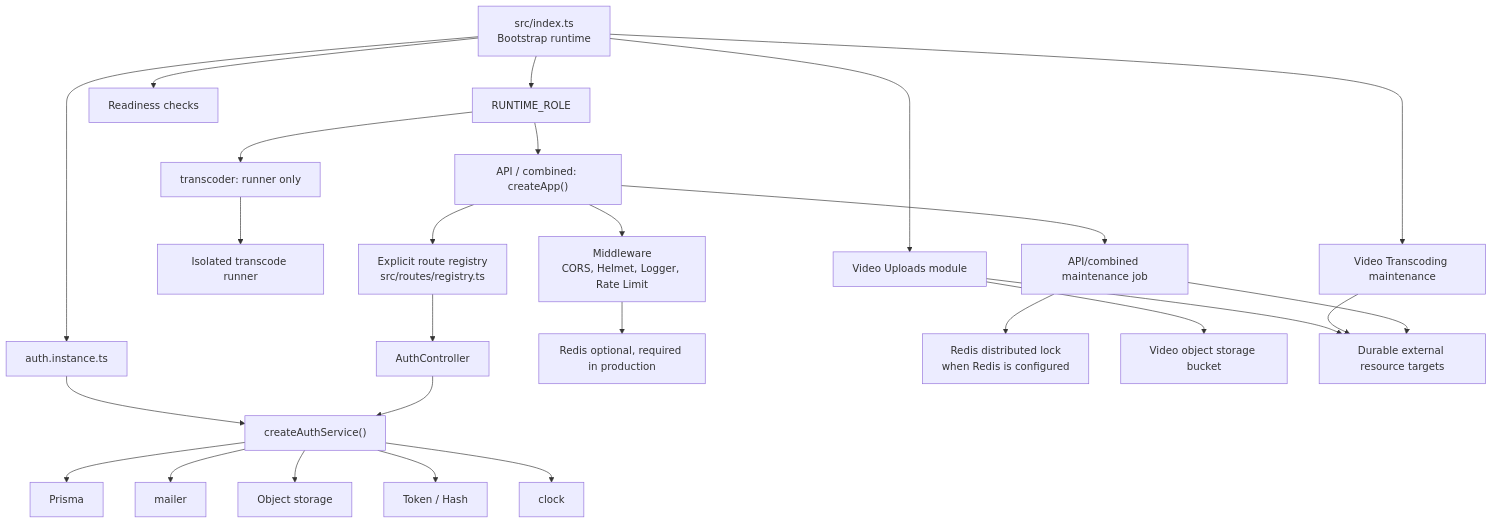
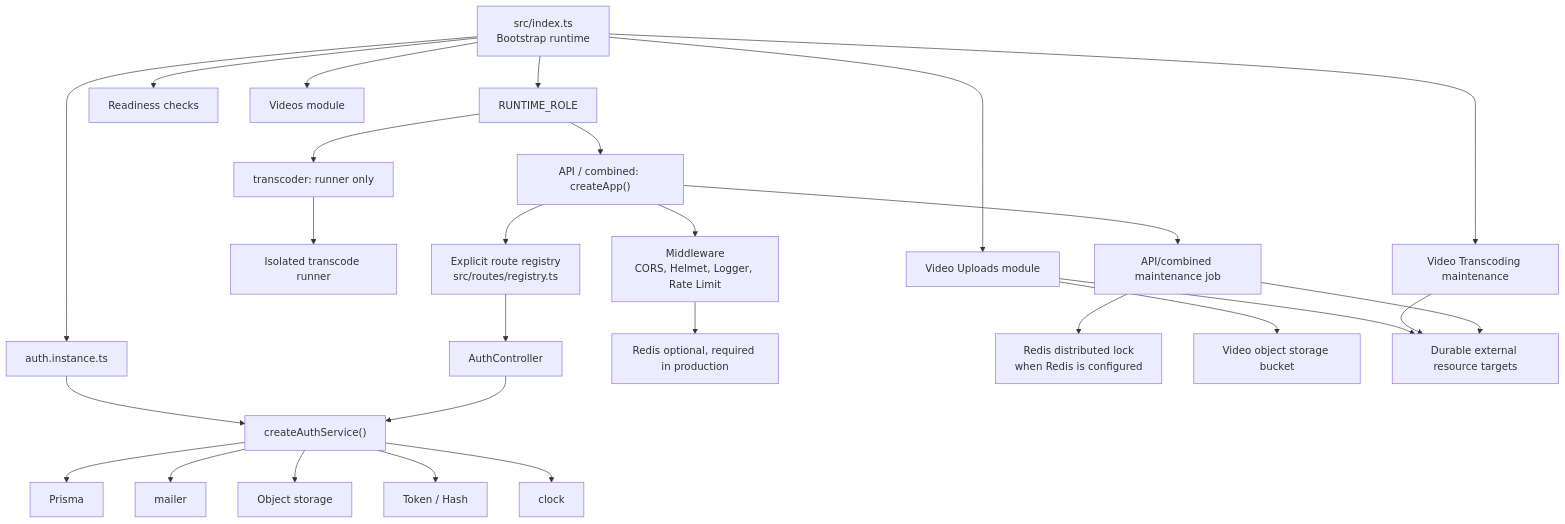
Before and after one commit to FairPlayTeam/ts-backend: the first of 8 diagrams in docs/ARCHITECTURE.md, drawn with Mermaid. The commit also changed other lines of this file and 97 other files, not shown here.

Commit message:
refactor(videos): extract video domain module

````diff
--- a/docs/ARCHITECTURE.md
+++ b/docs/ARCHITECTURE.md
@@ -9,31 +9,32 @@
 ```mermaid
 flowchart TD
 index["src/index.ts<br/>Bootstrap runtime"] --> role["RUNTIME_ROLE"]
 role --> app["API / combined: createApp()"]
 role --> worker["transcoder: runner only"]
 index --> authInstance["auth.instance.ts"]
 app --> cleanup["API/combined maintenance job"]
 index --> readiness["Readiness checks"]
 worker --> transcodeRunner["Isolated transcode runner"]
 
 authInstance --> authService["createAuthService()"]
 authService --> prisma["Prisma"]
 authService --> mailer["mailer"]
 authService --> objectStorage["Object storage"]
 authService --> crypto["Token / Hash"]
 authService --> clock["clock"]
 
 app --> routes["Explicit route registry<br/>src/routes/registry.ts"]
 routes --> controller["AuthController"]
 controller --> authService
 
 app --> middleware["Middleware<br/>CORS, Helmet, Logger, Rate Limit"]
 middleware --> redis["Redis optional, required in production"]
 cleanup --> redisLock["Redis distributed lock<br/>when Redis is configured"]
 index --> videoUploads["Video Uploads module"]
+index --> videos["Videos module"]
 index --> videoTranscoding["Video Transcoding maintenance"]
 videoUploads --> videoStorage["Video object storage bucket"]
 videoUploads --> externalTargets["Durable external resource targets"]
 videoTranscoding --> externalTargets
 cleanup --> externalTargets
 ```
````
